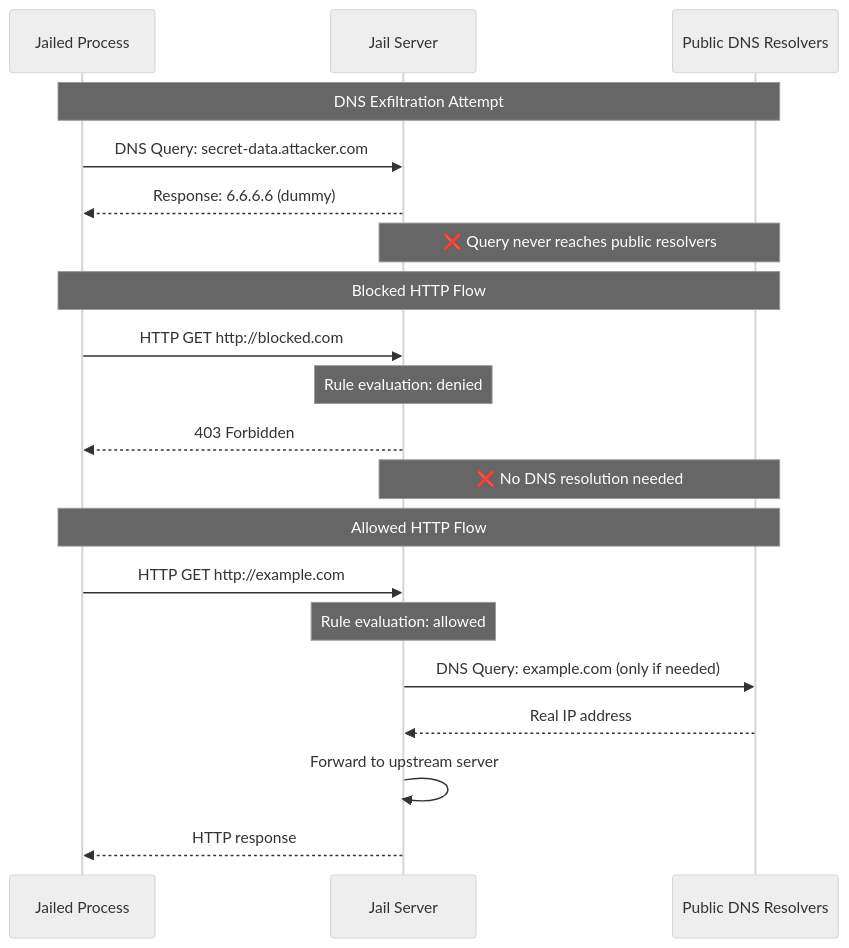
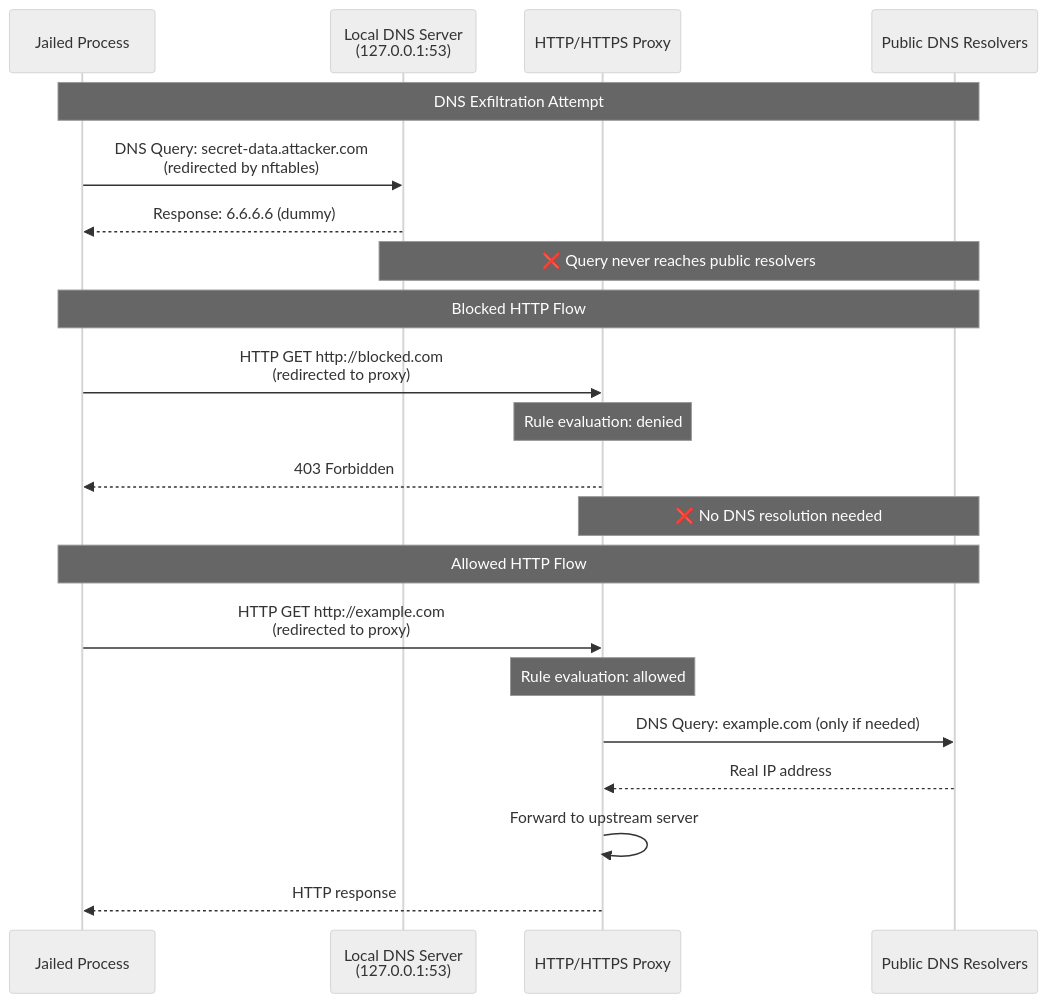
The diagram in docs/advanced/dns-exfiltration.md (coder/httpjail), drawn with Mermaid (neutral theme) before and after one commit. The commit also changed other lines of this file, not shown here.

````diff
--- a/docs/advanced/dns-exfiltration.md
+++ b/docs/advanced/dns-exfiltration.md
@@ -26,25 +27,26 @@
 ```mermaid
 sequenceDiagram
     participant J as Jailed Process
-    participant S as Jail Server
+    participant DNS as Local DNS Server<br/>(127.0.0.1:53)
+    participant P as HTTP/HTTPS Proxy
     participant D as Public DNS Resolvers
 
     Note over J,D: DNS Exfiltration Attempt
-    J->>S: DNS Query: secret-data.attacker.com
-    S-->>J: Response: 6.6.6.6 (dummy)
-    Note over S,D: ❌ Query never reaches public resolvers
+    J->>DNS: DNS Query: secret-data.attacker.com<br/>(redirected by nftables)
+    DNS-->>J: Response: 6.6.6.6 (dummy)
+    Note over DNS,D: ❌ Query never reaches public resolvers
 
     Note over J,D: Blocked HTTP Flow
-    J->>S: HTTP GET http://blocked.com
-    Note over S: Rule evaluation: denied
-    S-->>J: 403 Forbidden
-    Note over S,D: ❌ No DNS resolution needed
+    J->>P: HTTP GET http://blocked.com<br/>(redirected to proxy)
+    Note over P: Rule evaluation: denied
+    P-->>J: 403 Forbidden
+    Note over P,D: ❌ No DNS resolution needed
 
     Note over J,D: Allowed HTTP Flow
-    J->>S: HTTP GET http://example.com
-    Note over S: Rule evaluation: allowed
-    S->>D: DNS Query: example.com (only if needed)
-    D-->>S: Real IP address
-    S->>S: Forward to upstream server
-    S-->>J: HTTP response
+    J->>P: HTTP GET http://example.com<br/>(redirected to proxy)
+    Note over P: Rule evaluation: allowed
+    P->>D: DNS Query: example.com (only if needed)
+    D-->>P: Real IP address
+    P->>P: Forward to upstream server
+    P-->>J: HTTP response
 ```
````
